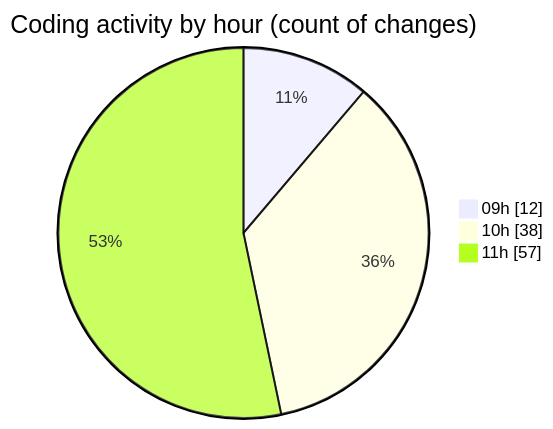
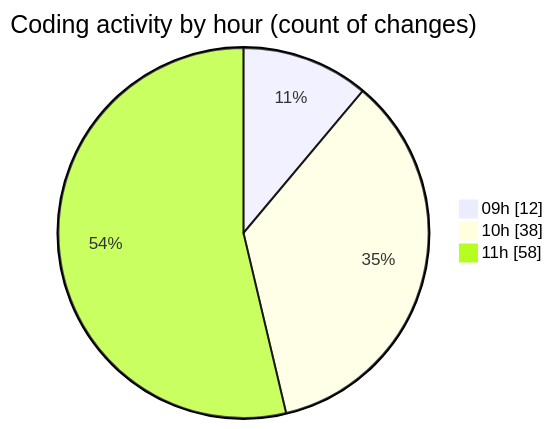
One commit to momahboobian/code-tracking changed the second of 2 diagrams in 2025-10-03/cda/README.md. Above: the diagram before and after it, drawn with Mermaid. The commit also changed other lines of this file and 1 other file, not shown here.

````diff
--- a/2025-10-03/cda/README.md
+++ b/2025-10-03/cda/README.md
@@ -33,7 +34,7 @@
 ```mermaid
 pie showData
 title Coding activity by hour (count of changes)
 "09h" : 12
 "10h" : 38
-"11h" : 57
+"11h" : 58
 ```
````
